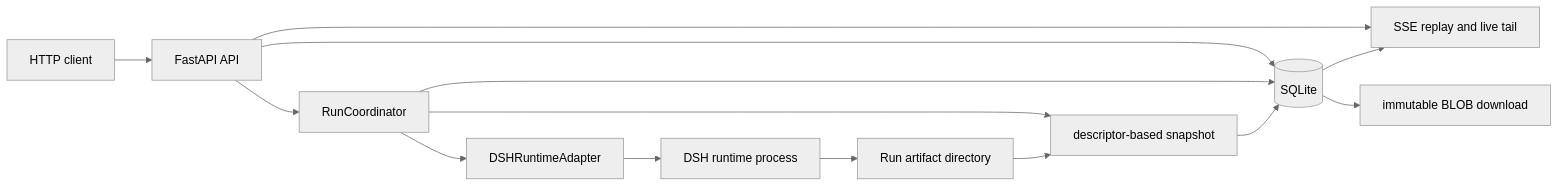
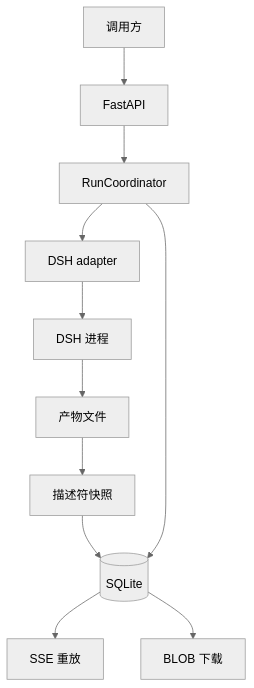
One commit to eriklee1895/hands-on-dsh changed the first of 3 diagrams in projects/recoverable-agent-service/README.md. Above: the diagram before and after it, drawn with Mermaid (neutral theme). The commit also changed other lines of this file and 86 other files, not shown here.

Commit message:
docs: improve course narrative, technical guidance, and diagrams

````diff
--- a/projects/recoverable-agent-service/README.md
+++ b/projects/recoverable-agent-service/README.md
@@ -11,16 +13,13 @@
 ```mermaid
-flowchart LR
-    Client[HTTP client] --> API[FastAPI API]
-    API --> Store[(SQLite)]
-    API --> SSE[SSE replay and live tail]
+flowchart TD
+    Client[调用方] --> API[FastAPI]
     API --> Coordinator[RunCoordinator]
+    Coordinator --> Adapter[DSH adapter]
+    Adapter --> DSH[DSH 进程]
+    DSH --> Files[产物文件]
+    Files --> Snapshot[描述符快照]
+    Snapshot --> Store[(SQLite)]
     Coordinator --> Store
-    Coordinator --> Adapter[DSHRuntimeAdapter]
-    Adapter --> DSH[DSH runtime process]
-    DSH --> Workspace[Run artifact directory]
-    Coordinator --> Snapshot[descriptor-based snapshot]
-    Workspace --> Snapshot
-    Snapshot --> Store
-    Store --> SSE
-    Store --> Download[immutable BLOB download]
+    Store --> Events[SSE 重放]
+    Store --> Download[BLOB 下载]
 ```
````
